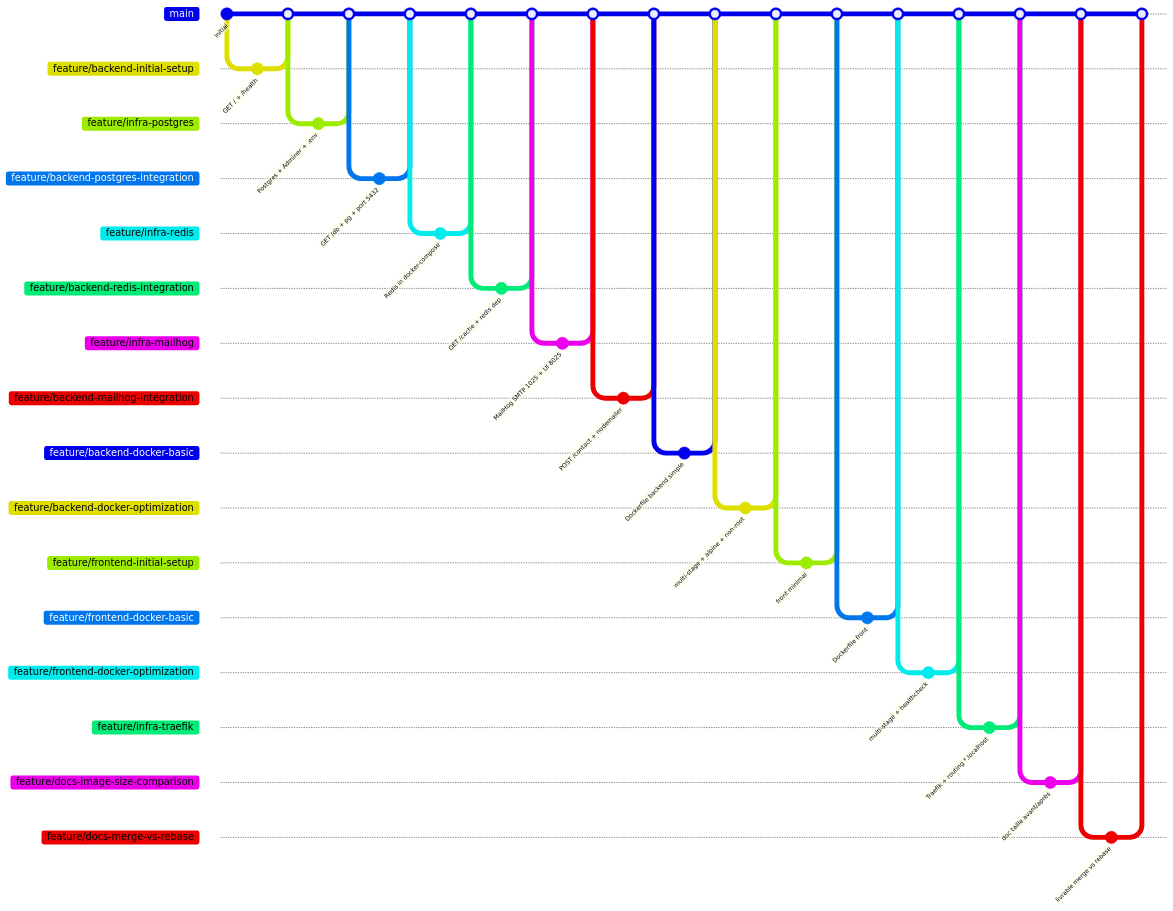
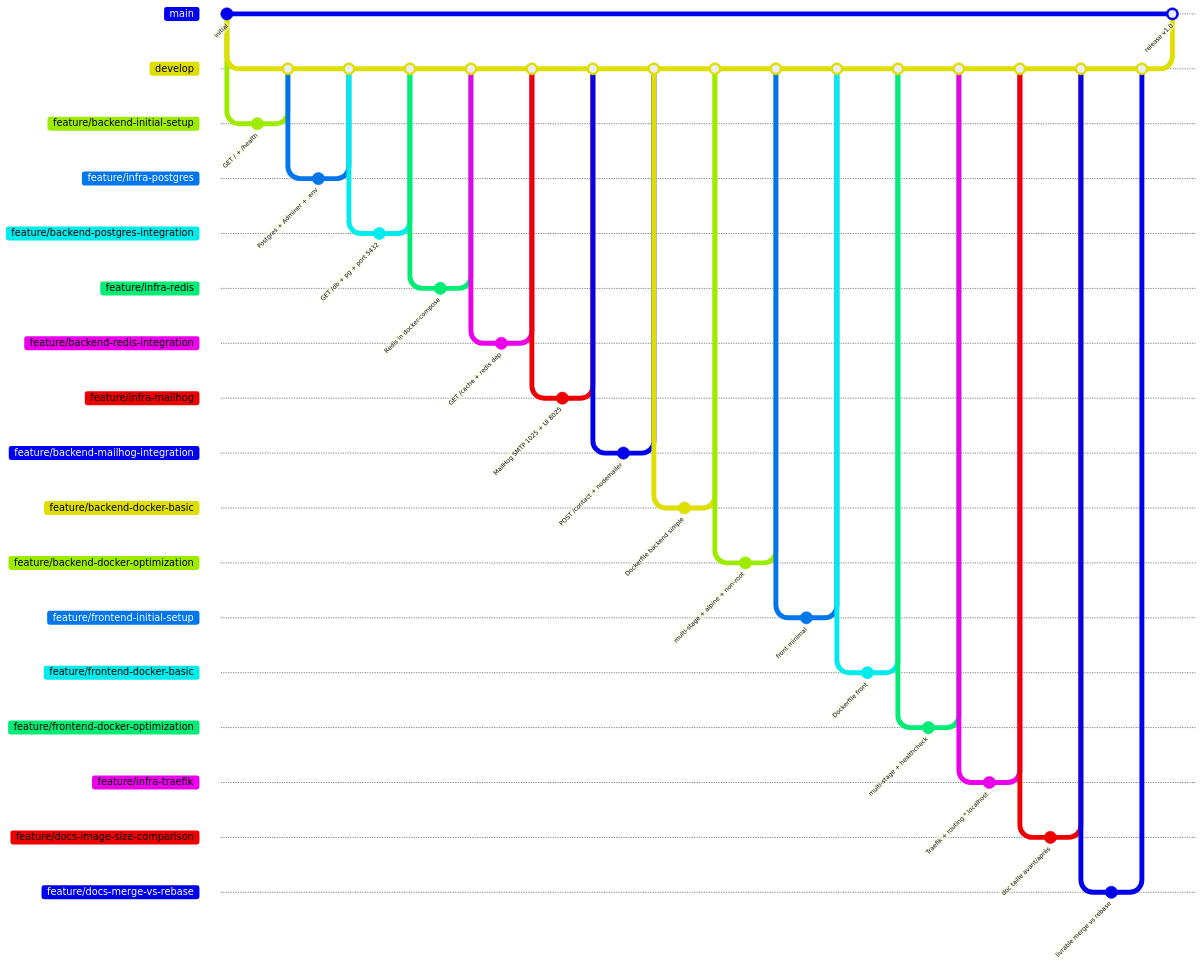
One commit to herve-beziat/docs-devops changed the diagram in plan.md. Above: the diagram before and after it, drawn with Mermaid.

Commit message:
Update plan.md with branch checkout changes

````diff
--- a/plan.md
+++ b/plan.md
@@ -3,93 +3,99 @@
 gitGraph LR:
    commit id: "initial"
 
+   branch develop
+   checkout develop
+
    branch feature/backend-initial-setup
    checkout feature/backend-initial-setup
    commit id: "GET / + /health"
-   checkout main
+   checkout develop
    merge feature/backend-initial-setup
 
    branch feature/infra-postgres
    checkout feature/infra-postgres
    commit id: "Postgres + Adminer + .env"
-   checkout main
+   checkout develop
    merge feature/infra-postgres
 
    branch feature/backend-postgres-integration
    checkout feature/backend-postgres-integration
    commit id: "GET /db + pg + port 5432"
-   checkout main
+   checkout develop
    merge feature/backend-postgres-integration
 
    branch feature/infra-redis
    checkout feature/infra-redis
    commit id: "Redis in docker-compose"
-   checkout main
+   checkout develop
    merge feature/infra-redis
 
    branch feature/backend-redis-integration
    checkout feature/backend-redis-integration
    commit id: "GET /cache + redis dep"
-   checkout main
+   checkout develop
    merge feature/backend-redis-integration
 
    branch feature/infra-mailhog
    checkout feature/infra-mailhog
    commit id: "MailHog SMTP 1025 + UI 8025"
-   checkout main
+   checkout develop
    merge feature/infra-mailhog
 
    branch feature/backend-mailhog-integration
    checkout feature/backend-mailhog-integration
    commit id: "POST /contact + nodemailer"
-   checkout main
+   checkout develop
    merge feature/backend-mailhog-integration
 
    branch feature/backend-docker-basic
    checkout feature/backend-docker-basic
    commit id: "Dockerfile backend simple"
-   checkout main
+   checkout develop
    merge feature/backend-docker-basic
 
    branch feature/backend-docker-optimization
    checkout feature/backend-docker-optimization
    commit id: "multi-stage + alpine + non-root"
-   checkout main
+   checkout develop
    merge feature/backend-docker-optimization
 
    branch feature/frontend-initial-setup
    checkout feature/frontend-initial-setup
    commit id: "front minimal"
-   checkout main
+   checkout develop
    merge feature/frontend-initial-setup
 
    branch feature/frontend-docker-basic
    checkout feature/frontend-docker-basic
    commit id: "Dockerfile front"
-   checkout main
+   checkout develop
    merge feature/frontend-docker-basic
 
    branch feature/frontend-docker-optimization
    checkout feature/frontend-docker-optimization
    commit id: "multi-stage + healthcheck"
-   checkout main
+   checkout develop
    merge feature/frontend-docker-optimization
 
    branch feature/infra-traefik
    checkout feature/infra-traefik
    commit id: "Traefik + routing *.localhost"
-   checkout main
+   checkout develop
    merge feature/infra-traefik
 
    branch feature/docs-image-size-comparison
    checkout feature/docs-image-size-comparison
    commit id: "doc taille avant/après"
-   checkout main
+   checkout develop
    merge feature/docs-image-size-comparison
 
    branch feature/docs-merge-vs-rebase
    checkout feature/docs-merge-vs-rebase
    commit id: "livrable merge vs rebase"
+   checkout develop
+   merge feature/docs-merge-vs-rebase
+
    checkout main
-   merge feature/docs-merge-vs-rebase
+   merge develop id: "release v1.0"
 ```
````
